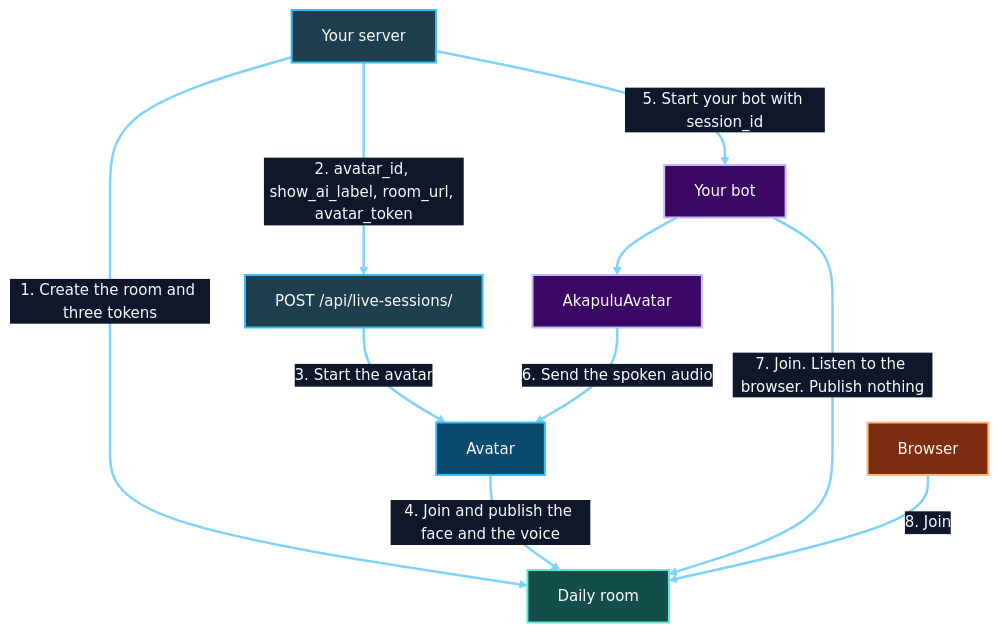
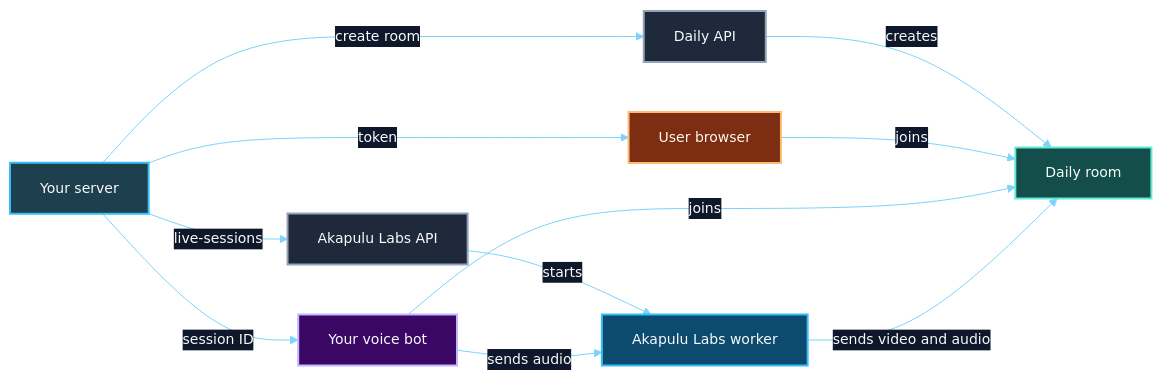
One commit to william-akapulu/docs changed the fourth of 5 diagrams in guides/getting-started/how-akapulu-works.mdx. Above: the diagram before and after it, drawn with Mermaid. The commit also changed other lines of this file and 3 other files, not shown here.

First line of the commit message:
Ship quickstart, how-it-works diagrams, and Your bot / hosted-links copy.

````diff
--- a/guides/getting-started/how-akapulu-works.mdx
+++ b/guides/getting-started/how-akapulu-works.mdx
@@ -14,27 +81,29 @@
 ```mermaid
-%%{init: {"theme":"base","themeVariables":{"darkMode":true,"background":"transparent","fontFamily":"ui-sans-serif, system-ui, sans-serif","fontSize":"15px","textColor":"#F8FAFC","nodeTextColor":"#F8FAFC","primaryTextColor":"#F8FAFC","secondaryTextColor":"#F8FAFC","tertiaryTextColor":"#F8FAFC","titleColor":"#F8FAFC","lineColor":"#7DD3FC","arrowheadColor":"#7DD3FC","defaultLinkColor":"#7DD3FC","edgeLabelBackground":"#0F172A","mainBkg":"#1E3F4D","nodeBorder":"#38BDF8","clusterBkg":"transparent","strokeWidth":2.5},"themeCSS":".edgeLabel, .edgeLabel p, .edgeLabel span, .labelBkg { background: #0F172A !important; background-color: #0F172A !important; color: #F8FAFC !important; } .edgeLabel rect, .labelBkg { opacity: 1 !important; fill: #0F172A !important; } .edgePath .path, .flowchart-link { stroke: #7DD3FC !important; stroke-width: 2.5px !important; } .arrowheadPath, .arrowMarkerPath, .marker { fill: #7DD3FC !important; stroke: #7DD3FC !important; }"}}%%
-flowchart TD
-  APP[Your server]:::server
-  ROOM[Daily room]:::room
-  API["POST /api/live-sessions/"]:::server
-  AV[Avatar]:::avatar
-  BOT[Your bot]:::bot
-  PIECE[AkapuluAvatar]:::bot
-  BROWSER[Browser]:::browser
+%%{init: {"theme":"base","themeVariables":{"darkMode":true,"background":"transparent","fontFamily":"ui-sans-serif, system-ui, sans-serif","fontSize":"14px","textColor":"#F8FAFC","primaryTextColor":"#F8FAFC","lineColor":"#7DD3FC","arrowheadColor":"#7DD3FC","edgeLabelBackground":"#0F172A"},"themeCSS":".edgeLabel, .edgeLabel p, .edgeLabel span, .labelBkg { background: #0F172A !important; color: #F8FAFC !important; } .edgePath .path, .flowchart-link { stroke: #7DD3FC !important; stroke-width: 2.5px !important; } .arrowheadPath, .marker { fill: #7DD3FC !important; stroke: #7DD3FC !important; }"}}%%
+flowchart LR
+  S[Your server]:::server
+  D[Daily API]:::api
+  A[Akapulu Labs API]:::api
+  B[User browser]:::browser
+  V[Your voice bot]:::bot
+  W[Akapulu Labs worker]:::avatar
+  R[Daily room]:::room
 
-  APP -->|1. Create the room and three tokens| ROOM
-  APP -->|2. avatar_id, show_ai_label, room_url, avatar_token| API
-  API -->|3. Start the avatar| AV
-  AV -->|4. Join and publish the face and the voice| ROOM
-  APP -->|5. Start your bot with session_id| BOT
-  BOT --> PIECE
-  PIECE -->|6. Send the spoken audio| AV
-  BOT -->|7. Join. Listen to the browser. Publish nothing| ROOM
-  BROWSER -->|8. Join| ROOM
+  S -->|"create room"| D
+  D -->|"creates"| R
+  S -->|"live-sessions"| A
+  A -->|"starts"| W
+  S -->|"token"| B
+  S -->|"session ID"| V
+  B -->|"joins"| R
+  V -->|"joins"| R
+  W -->|"sends video and audio"| R
+  V -->|"sends audio"| W
 
   classDef server fill:#1E3F4D,stroke:#38BDF8,color:#F8FAFC,stroke-width:2px
+  classDef api fill:#1E293B,stroke:#94A3B8,color:#F8FAFC,stroke-width:2px
   classDef room fill:#134E4A,stroke:#5EEAD4,color:#F8FAFC,stroke-width:2px
   classDef avatar fill:#0C4A6E,stroke:#38BDF8,color:#F8FAFC,stroke-width:2px
   classDef bot fill:#3B0764,stroke:#C4B5FD,color:#F8FAFC,stroke-width:2px
   classDef browser fill:#7C2D12,stroke:#FDBA74,color:#FFF7ED,stroke-width:2px
 ```
````
